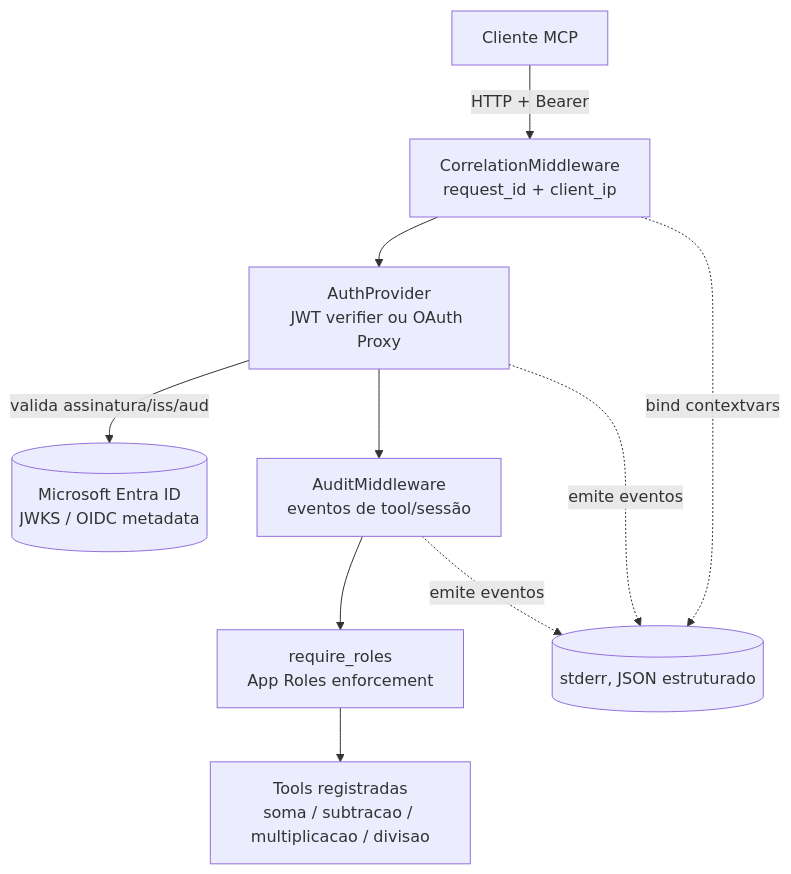
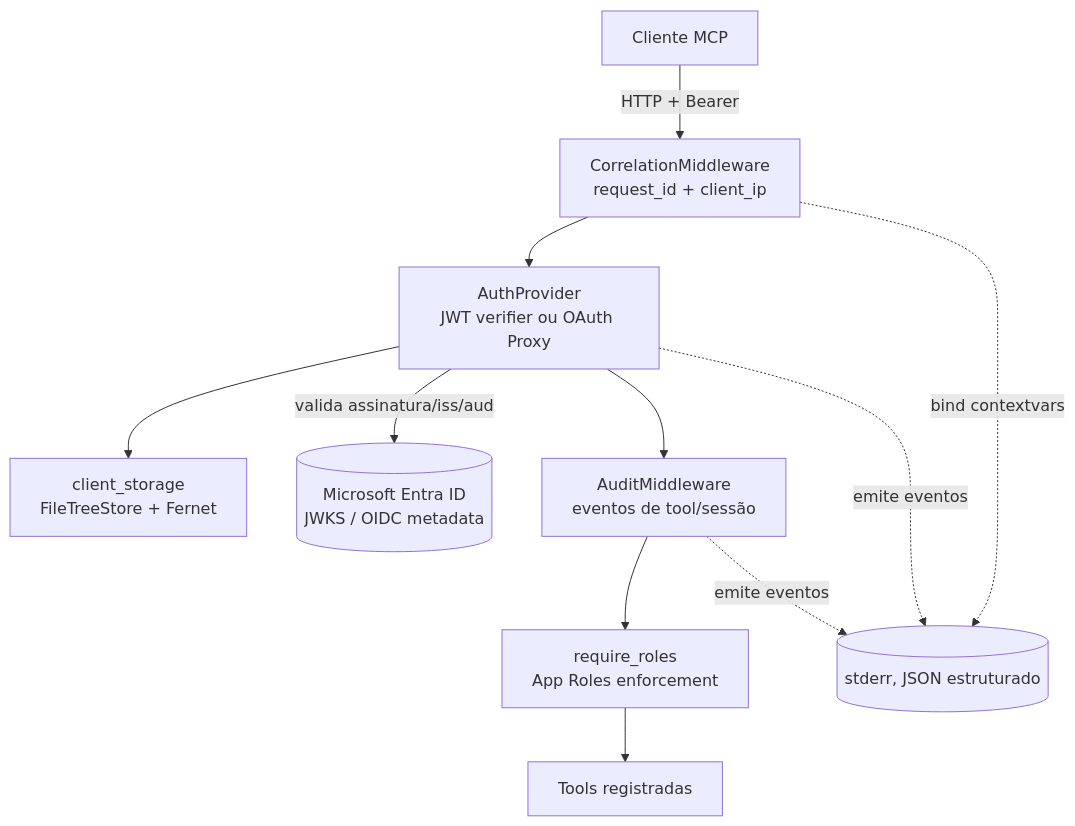
The first of 3 diagrams in README.md (thiagorufino1/fastmcp-auth-entraid), drawn with Mermaid before and after one commit. The commit also changed other lines of this file and 20 other files, not shown here.

````diff
--- a/README.md
+++ b/README.md
@@ -69,21 +69,23 @@
 ```mermaid
 flowchart TD
     Client[Cliente MCP]
     Correlation[CorrelationMiddleware<br/>request_id + client_ip]
     Auth[AuthProvider<br/>JWT verifier ou OAuth Proxy]
+    Store[client_storage<br/>FileTreeStore + Fernet]
     Entra[(Microsoft Entra ID<br/>JWKS / OIDC metadata)]
     Audit[AuditMiddleware<br/>eventos de tool/sessão]
-    Tools[Tools registradas<br/>soma / subtracao / multiplicacao / divisao]
+    Tools[Tools registradas]
     AuthCheck[require_roles<br/>App Roles enforcement]
     Logs[(stderr, JSON estruturado)]
 
     Client -- HTTP + Bearer --> Correlation
     Correlation --> Auth
+    Auth --> Store
     Auth -- valida assinatura/iss/aud --> Entra
     Auth --> Audit
     Audit --> AuthCheck
     AuthCheck --> Tools
     Correlation -. bind contextvars .-> Logs
     Audit -. emite eventos .-> Logs
     Auth -. emite eventos .-> Logs
 ```
````
